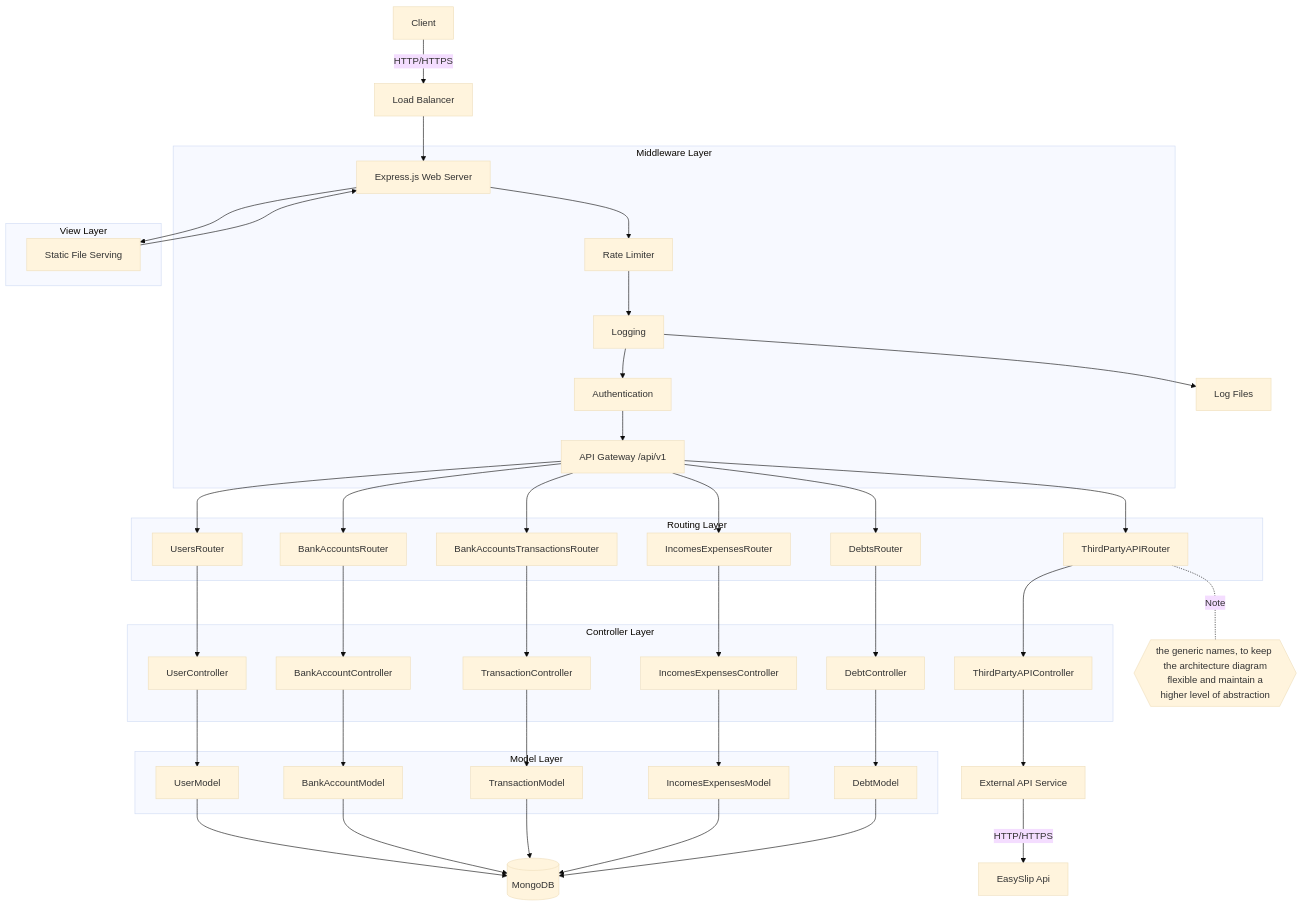
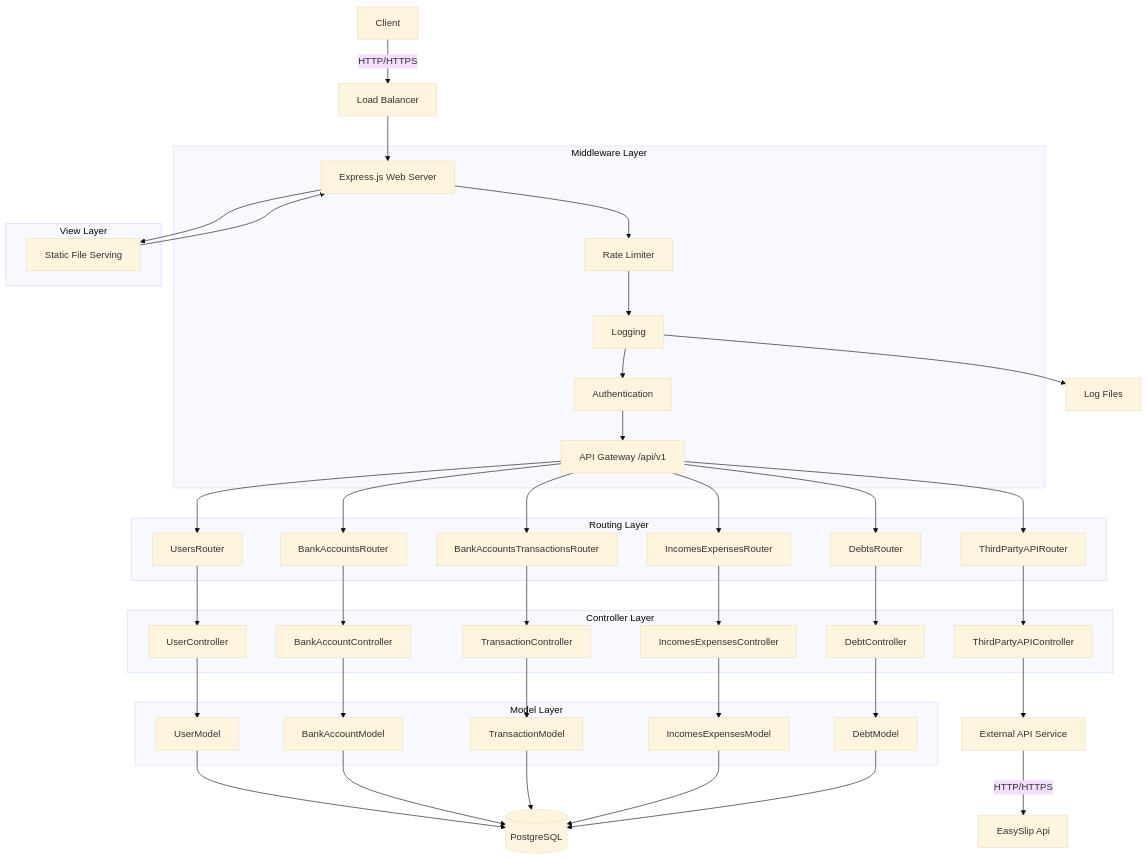
One commit to SawatKia/WealthTracking changed the diagram in design/newClassesDesign/SoftwareArchitectureDiagram.mmd. Above: the diagram before and after it, drawn with Mermaid (base theme). The commit also changed 22 other files, not shown here.

```diff
--- a/design/newClassesDesign/SoftwareArchitectureDiagram.mmd
+++ b/design/newClassesDesign/SoftwareArchitectureDiagram.mmd
@@ -1,55 +1,54 @@
 graph TD
     Client[Client] -->|HTTP/HTTPS| LoadBalancer[Load Balancer]
     LoadBalancer --> Express[Express.js Web Server]
     
     subgraph "Middleware Layer"
         Express --> RateLimit[Rate Limiter]
         RateLimit --> Logging
         Logging --> Auth[Authentication]
         Auth --> APIGateway[API Gateway /api/v1]
     end
     
     subgraph "View Layer"
         Express --> StaticFiles[Static File Serving]
     end
     StaticFiles --> Express
     
     subgraph "Routing Layer"
     APIGateway --> UsersRouter
     APIGateway --> BankAccountsRouter
     APIGateway --> BankAccountsTransactionsRouter
     APIGateway --> IncomesExpensesRouter
     APIGateway --> DebtsRouter
     APIGateway --> ThirdPartyAPIRouter
     end
 
     subgraph "Controller Layer"
     UsersRouter --> UserController
     BankAccountsRouter --> BankAccountController
     BankAccountsTransactionsRouter --> TransactionController
     IncomesExpensesRouter --> IncomesExpensesController
     DebtsRouter --> DebtController
     ThirdPartyAPIRouter --> ThirdPartyAPIController
     end
     
     subgraph "Model Layer"
     UserController --> UserModel
     BankAccountController --> BankAccountModel
     TransactionController --> TransactionModel
     IncomesExpensesController --> IncomesExpensesModel
     DebtController --> DebtModel
     end
 
-    ThirdPartyAPIRouter -.Note.-Note{{the generic names, to keep the architecture diagram\n flexible and maintain a higher level of abstraction}}
+    %% ThirdPartyAPIRouter -.Note.-Note{{the generic names, to keep the architecture diagram\n flexible and maintain a higher level of abstraction}}
 
-    
-    UserModel --> MongoDB[(MongoDB)]
-    BankAccountModel --> MongoDB[(MongoDB)]
-    TransactionModel --> MongoDB[(MongoDB)]
-    IncomesExpensesModel --> MongoDB[(MongoDB)]
-    DebtModel --> MongoDB[(MongoDB)]
+    UserModel --> PostgreSQL[(PostgreSQL)]
+    BankAccountModel --> PostgreSQL[(PostgreSQL)]
+    TransactionModel --> PostgreSQL[(PostgreSQL)]
+    IncomesExpensesModel --> PostgreSQL[(PostgreSQL)]
+    DebtModel --> PostgreSQL[(PostgreSQL)]
     
     ThirdPartyAPIController --> ExternalAPIService[External API Service]
     ExternalAPIService -->|HTTP/HTTPS| ThirdPartyAPI[EasySlip Api]
     
     Logging --> LogFiles[Log Files]
```
